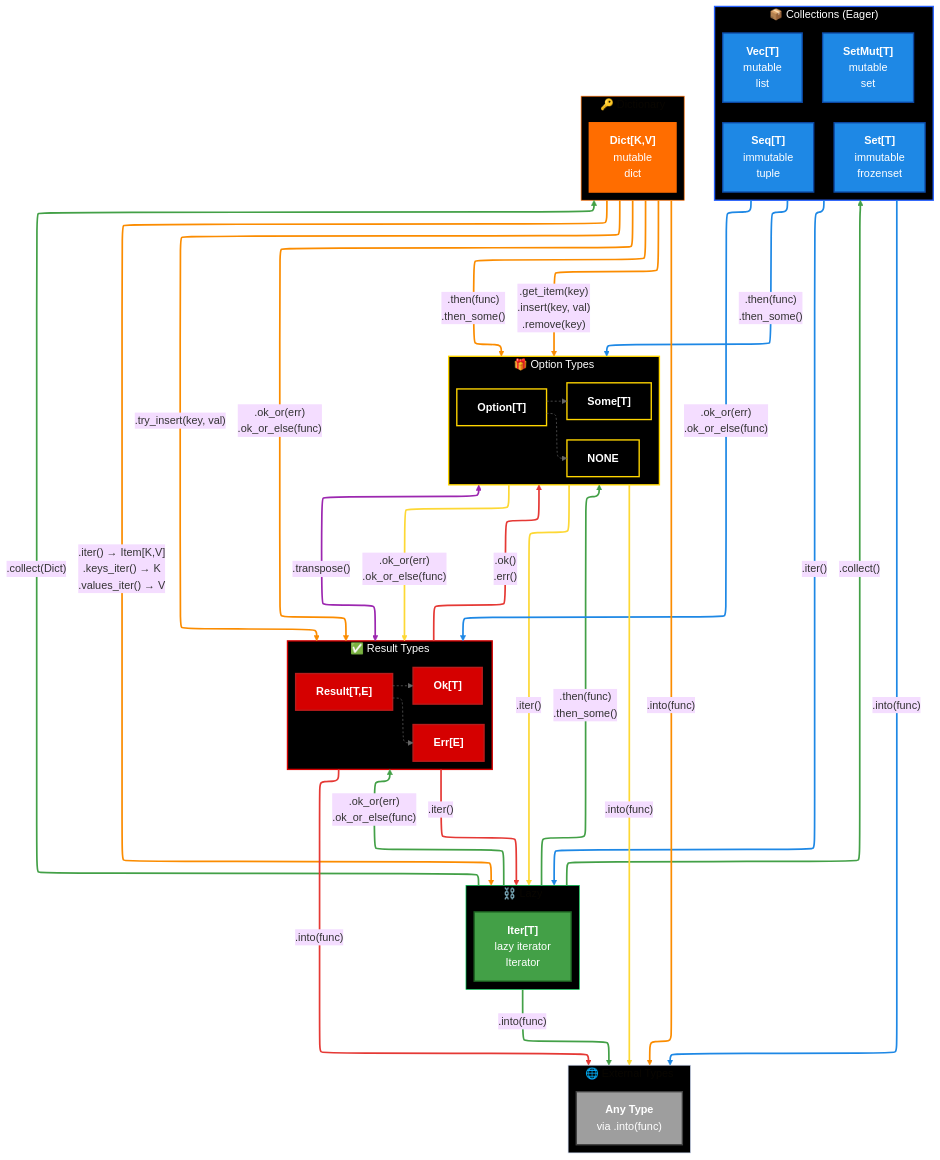
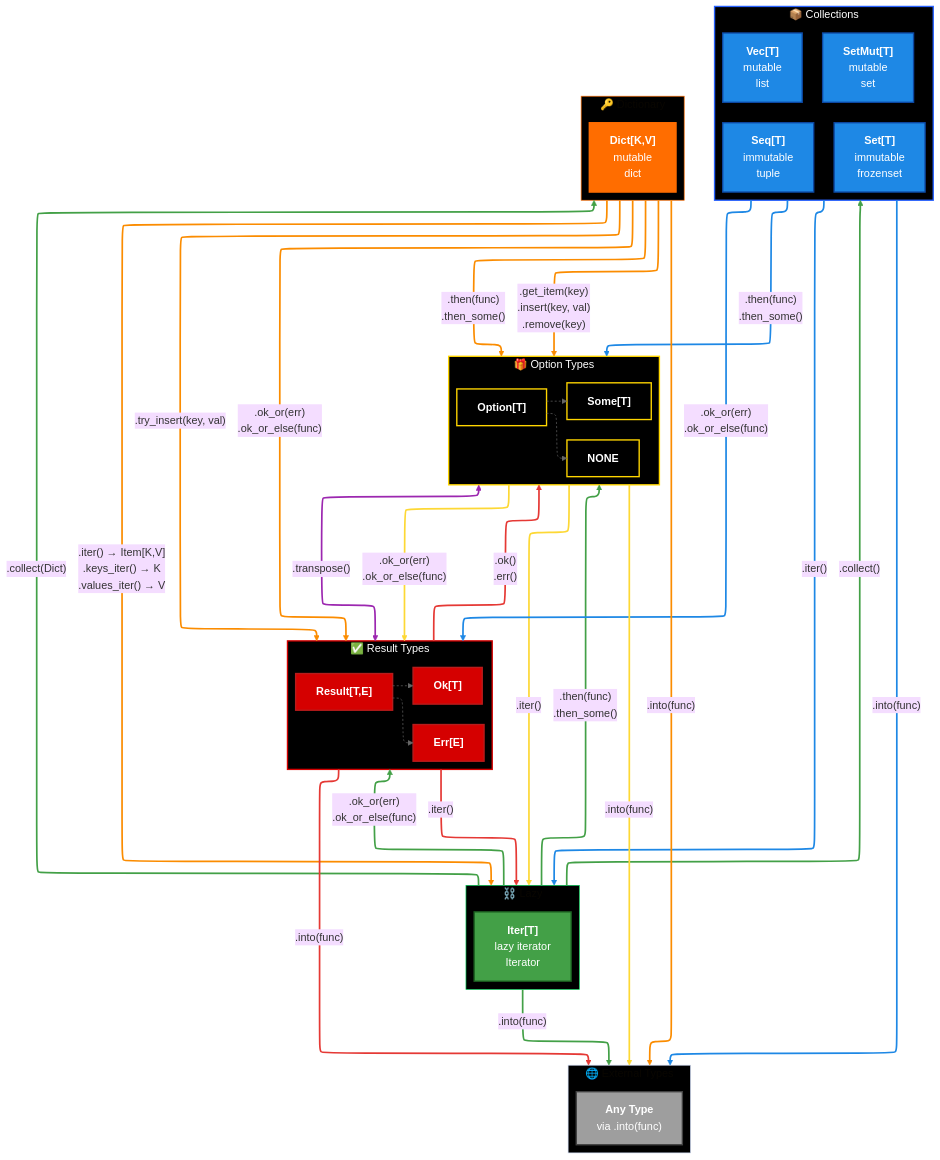
One commit to OutSquareCapital/pyochain changed the diagram in docs/interoperability.md. Above: the diagram before and after it, drawn with Mermaid (base theme). The commit also changed other lines of this file and 13 other files, not shown here.

```diff
--- a/docs/interoperability.md
+++ b/docs/interoperability.md
@@ -181,7 +181,7 @@
   layout: elk
 ---
 flowchart TB
- subgraph Collections["📦 Collections (Eager)"]
+ subgraph Collections["📦 Collections"]
     direction LR
         Seq["<b>Seq[T]</b><br>immutable<br>tuple"]
         Vec["<b>Vec[T]</b><br>mutable<br>list"]
```
